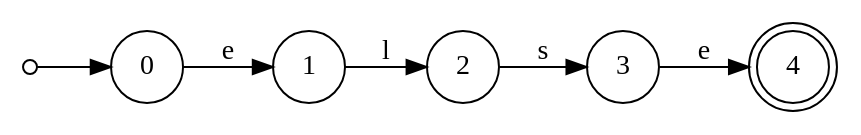
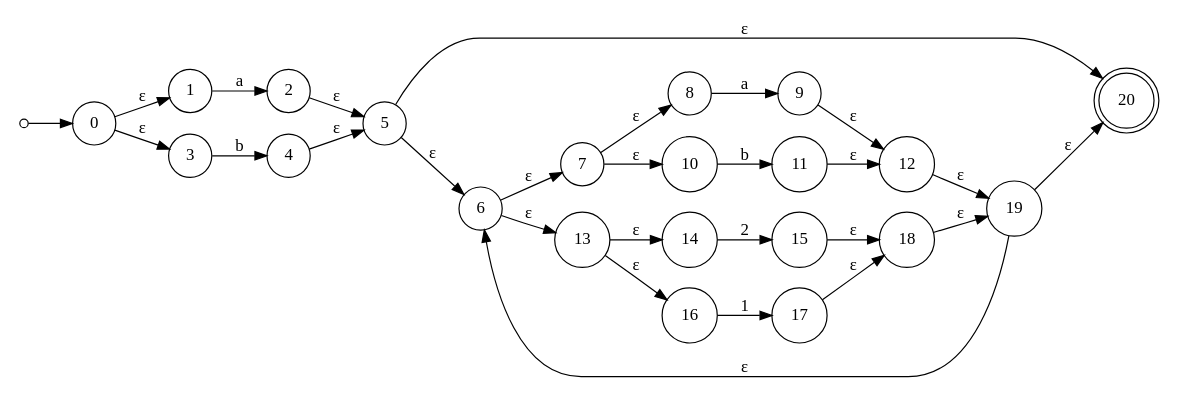
The diagram in nfa1.gv (EstebanAG1005/LaboratorioC-Lenguajes), drawn with Graphviz before and after one commit. The commit also changed 13 other files, not shown here.

```diff
--- a/nfa1.gv
+++ b/nfa1.gv
@@ -1,12 +1,34 @@
 digraph {
 	rankdir=LR size="8,5"
 	node [shape=doublecircle]
-	4
+	20
 	node [shape=circle]
 	start [label="" height=0.1 width=0.1]
 	start -> 0 [label=""]
-	0 -> 1 [label=e]
-	1 -> 2 [label=l]
-	2 -> 3 [label=s]
-	3 -> 4 [label=e]
+	0 -> 1 [label="ε"]
+	0 -> 3 [label="ε"]
+	1 -> 2 [label=a]
+	3 -> 4 [label=b]
+	2 -> 5 [label="ε"]
+	4 -> 5 [label="ε"]
+	5 -> 6 [label="ε"]
+	5 -> 20 [label="ε"]
+	6 -> 7 [label="ε"]
+	6 -> 13 [label="ε"]
+	7 -> 8 [label="ε"]
+	7 -> 10 [label="ε"]
+	8 -> 9 [label=a]
+	10 -> 11 [label=b]
+	9 -> 12 [label="ε"]
+	11 -> 12 [label="ε"]
+	13 -> 14 [label="ε"]
+	13 -> 16 [label="ε"]
+	14 -> 15 [label=2]
+	16 -> 17 [label=1]
+	15 -> 18 [label="ε"]
+	17 -> 18 [label="ε"]
+	12 -> 19 [label="ε"]
+	18 -> 19 [label="ε"]
+	19 -> 6 [label="ε"]
+	19 -> 20 [label="ε"]
 }
```
